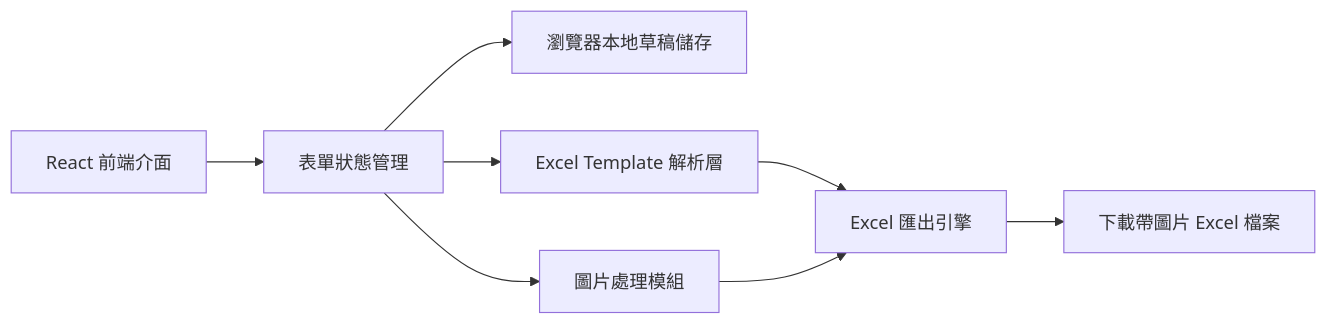
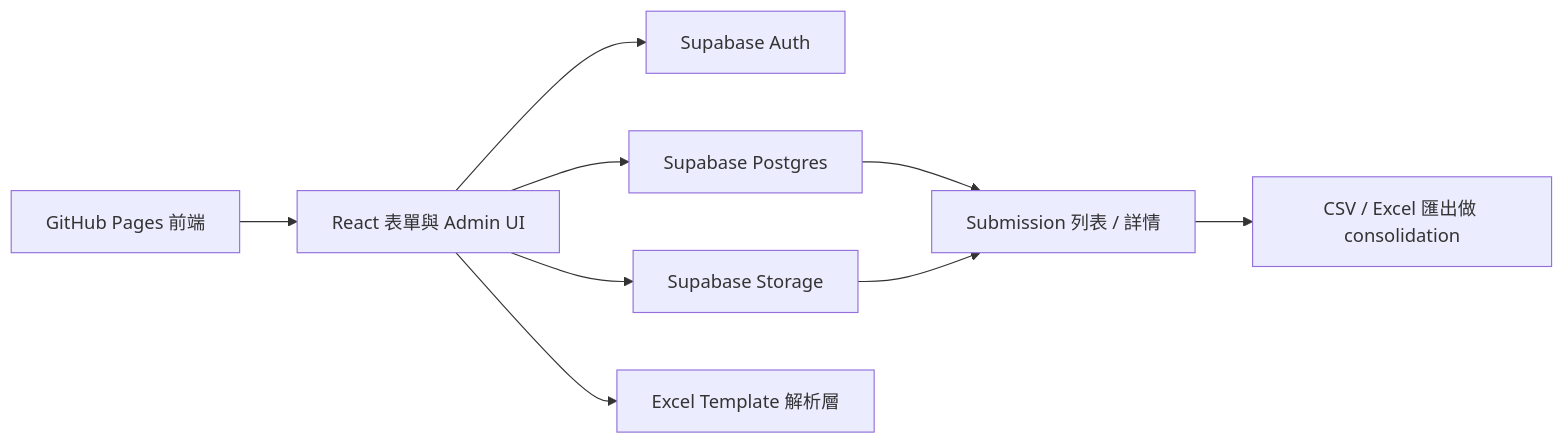
One commit to wilsonlcf1216-lab/questionnaire changed the diagram in .trae/documents/hospital-ward-checklist-technical-architecture.md. Above: the diagram before and after it, drawn with Mermaid. The commit also changed other lines of this file and 33 other files, not shown here.

````diff
--- a/.trae/documents/hospital-ward-checklist-technical-architecture.md
+++ b/.trae/documents/hospital-ward-checklist-technical-architecture.md
@@ -2,10 +2,11 @@
 ```mermaid
 flowchart LR
-    A["React 前端介面"] --> B["表單狀態管理"]
-    B --> C["瀏覽器本地草稿儲存"]
-    B --> D["Excel Template 解析層"]
-    B --> E["圖片處理模組"]
-    D --> F["Excel 匯出引擎"]
-    E --> F
-    F --> G["下載帶圖片 Excel 檔案"]
+    A["GitHub Pages 前端"] --> B["React 表單與 Admin UI"]
+    B --> C["Supabase Auth"]
+    B --> D["Supabase Postgres"]
+    B --> E["Supabase Storage"]
+    B --> F["Excel Template 解析層"]
+    D --> G["Submission 列表 / 詳情"]
+    E --> G
+    G --> H["CSV / Excel 匯出做 consolidation"]
 ```
````
